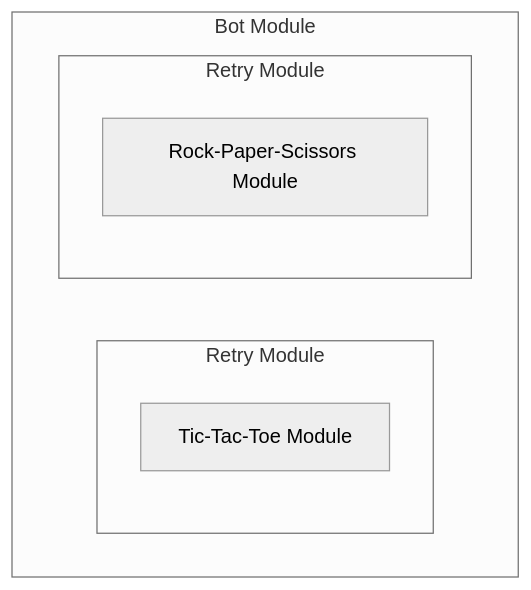
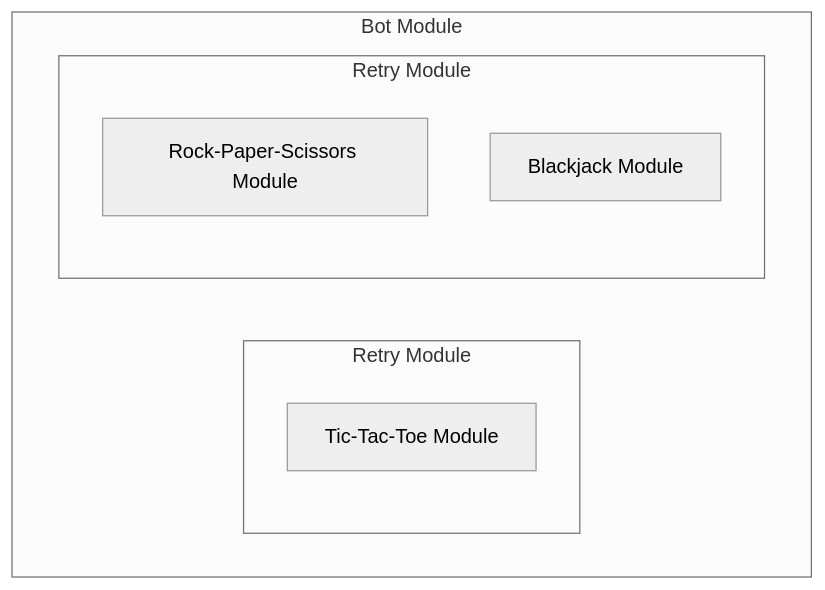
The diagram in README.md (ezgrs/lowdie), drawn with Mermaid (neutral theme) before and after one commit. The commit also changed other lines of this file and 10 other files, not shown here.

````diff
--- a/README.md
+++ b/README.md
@@ -24,11 +24,14 @@
 ```mermaid
 flowchart TD
     subgraph Bot["Bot Module"]
         subgraph RetryTTT["Retry Module"]
             TicTacToe["Tic-Tac-Toe Module"]
         end
         subgraph RetryRPS["Retry Module"]
             RockPaperScissors["Rock-Paper-Scissors Module"]
         end
+        subgraph RetryRPS["Retry Module"]
+            Blackjack["Blackjack Module"]
+        end
     end
 ```
````
